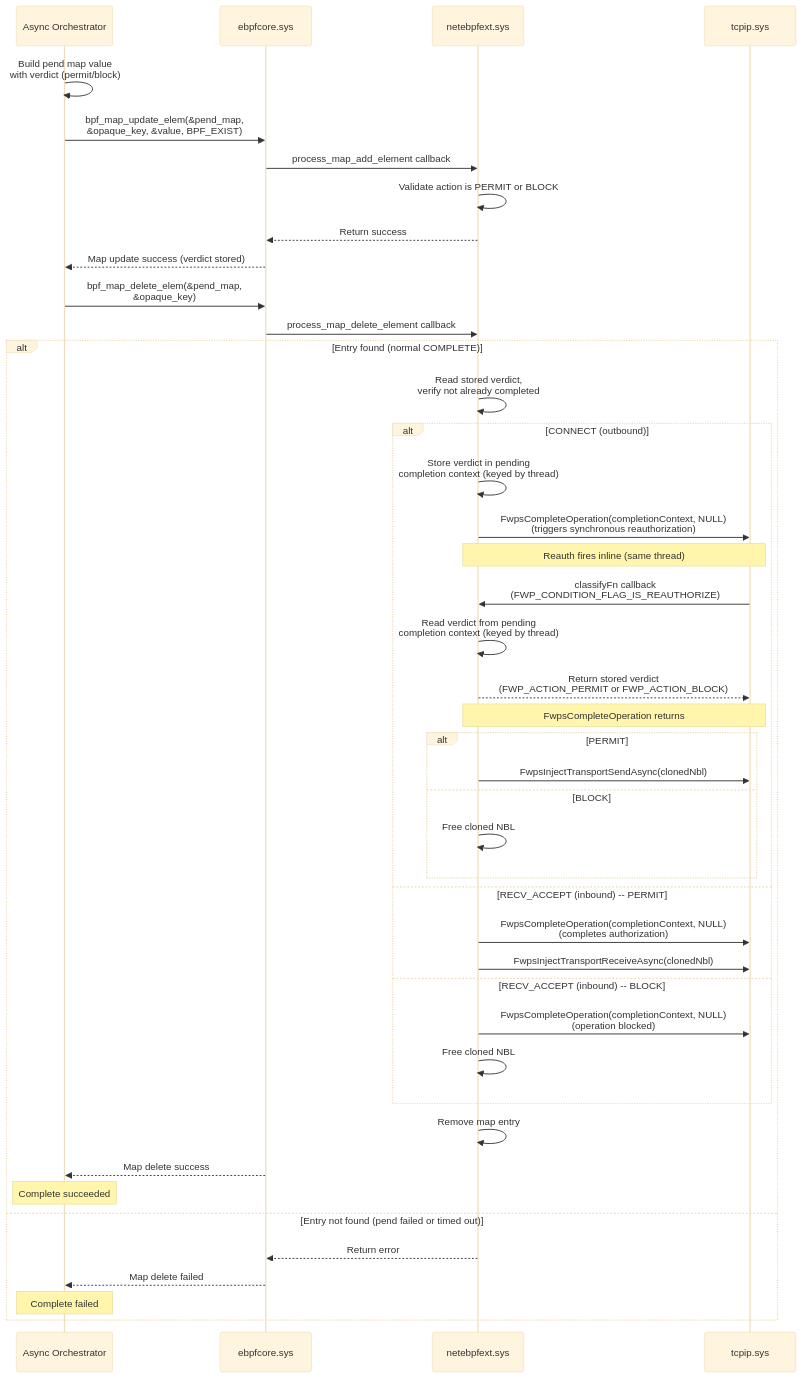
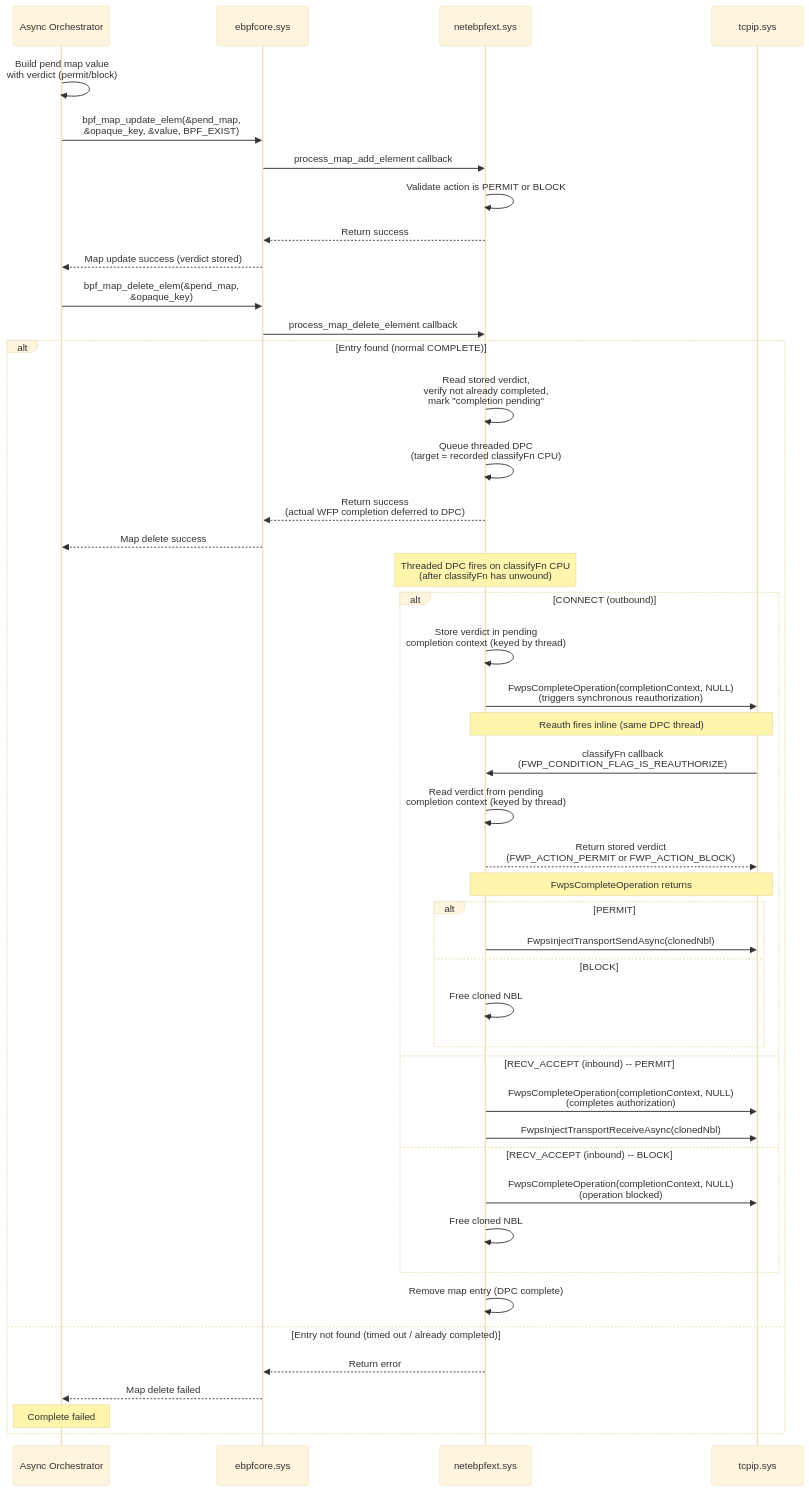
One commit to matthewige/ebpf-for-windows changed the second of 5 diagrams in docs/AsyncProcessing.md. Above: the diagram before and after it, drawn with Mermaid (base theme). The commit also changed other lines of this file, not shown here.

Commit message:
updates - add threadedDPC for completion

````diff
--- a/docs/AsyncProcessing.md
+++ b/docs/AsyncProcessing.md
@@ -403,53 +454,56 @@
 ```mermaid
 sequenceDiagram
     participant orchestrator as Async Orchestrator
     participant ebpfcore as ebpfcore.sys
     participant ebpfext as netebpfext.sys
     participant tcpip as tcpip.sys
 
     orchestrator->>orchestrator: Build pend map value<br/>with verdict (permit/block)
     orchestrator->>ebpfcore: bpf_map_update_elem(&pend_map,<br/>&opaque_key, &value, BPF_EXIST)
     ebpfcore->>ebpfext: process_map_add_element callback
     ebpfext->>ebpfext: Validate action is PERMIT or BLOCK
     ebpfext-->>ebpfcore: Return success
     ebpfcore-->>orchestrator: Map update success (verdict stored)
 
     orchestrator->>ebpfcore: bpf_map_delete_elem(&pend_map,<br/>&opaque_key)
     ebpfcore->>ebpfext: process_map_delete_element callback
 
     alt Entry found (normal COMPLETE)
-        ebpfext->>ebpfext: Read stored verdict,<br/>verify not already completed
+        ebpfext->>ebpfext: Read stored verdict,<br/>verify not already completed,<br/>mark "completion pending"
+        ebpfext->>ebpfext: Queue threaded DPC<br/>(target = recorded classifyFn CPU)
+        ebpfext-->>ebpfcore: Return success<br/>(actual WFP completion deferred to DPC)
+        ebpfcore-->>orchestrator: Map delete success
+
+        Note over ebpfext: Threaded DPC fires on classifyFn CPU<br/>(after classifyFn has unwound)
 
         alt CONNECT (outbound)
             ebpfext->>ebpfext: Store verdict in pending<br/>completion context (keyed by thread)
             ebpfext->>tcpip: FwpsCompleteOperation(completionContext, NULL)<br/>(triggers synchronous reauthorization)
-            Note over tcpip,ebpfext: Reauth fires inline (same thread)
+            Note over tcpip,ebpfext: Reauth fires inline (same DPC thread)
             tcpip->>ebpfext: classifyFn callback<br/>(FWP_CONDITION_FLAG_IS_REAUTHORIZE)
             ebpfext->>ebpfext: Read verdict from pending<br/>completion context (keyed by thread)
             ebpfext-->>tcpip: Return stored verdict<br/>(FWP_ACTION_PERMIT or FWP_ACTION_BLOCK)
             Note over tcpip,ebpfext: FwpsCompleteOperation returns
             alt PERMIT
                 ebpfext->>tcpip: FwpsInjectTransportSendAsync(clonedNbl)
             else BLOCK
                 ebpfext->>ebpfext: Free cloned NBL
             end
 
         else RECV_ACCEPT (inbound) -- PERMIT
             ebpfext->>tcpip: FwpsCompleteOperation(completionContext, NULL)<br/>(completes authorization)
             ebpfext->>tcpip: FwpsInjectTransportReceiveAsync(clonedNbl)
 
         else RECV_ACCEPT (inbound) -- BLOCK
             ebpfext->>tcpip: FwpsCompleteOperation(completionContext, NULL)<br/>(operation blocked)
             ebpfext->>ebpfext: Free cloned NBL
         end
 
-        ebpfext->>ebpfext: Remove map entry
-        ebpfcore-->>orchestrator: Map delete success
-        Note over orchestrator: Complete succeeded
+        ebpfext->>ebpfext: Remove map entry (DPC complete)
 
-    else Entry not found (pend failed or timed out)
+    else Entry not found (timed out / already completed)
         ebpfext-->>ebpfcore: Return error
         ebpfcore-->>orchestrator: Map delete failed
         Note over orchestrator: Complete failed
     end
 ```
````
